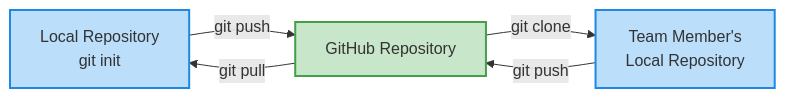
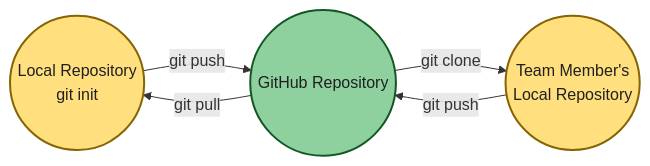
The diagram in slides/pages/section-github.md (jeanparpaillon/tuto_devops_slides), drawn with Mermaid before and after one commit. The commit also changed other lines of this file and 1 other file, not shown here.

Commit message:
dev: day1 update

````diff
--- a/slides/pages/section-github.md
+++ b/slides/pages/section-github.md
@@ -46,11 +51,12 @@
 ```mermaid
 flowchart LR
-  A[Local Repository<br/>git init] -->|git push| B[GitHub Repository]
-  B -->|git pull| A
-  B -->|git clone| C[Team Member's<br/>Local Repository]
-  C -->|git push| B
-  
-  style A fill:#bbdefb,stroke:#1e88e5,stroke-width:2px
-  style B fill:#c8e6c9,stroke:#43a047,stroke-width:2px
-  style C fill:#bbdefb,stroke:#1e88e5,stroke-width:2px
+   A((Local Repository<br/>git init))
+     -- "git push" --> B((GitHub Repository))
+   B -- "git pull" --> A
+   B -- "git clone" --> C((Team Member's<br/>Local Repository))
+   C -- "git push" --> B
+
+   style A fill:#ffdf7e,stroke:#856404,stroke-width:2px,color:#202020
+   style B fill:#8fd19e,stroke:#155724,stroke-width:2px,color:#202020
+   style C fill:#ffdf7e,stroke:#856404,stroke-width:2px,color:#202020
 ```
````
